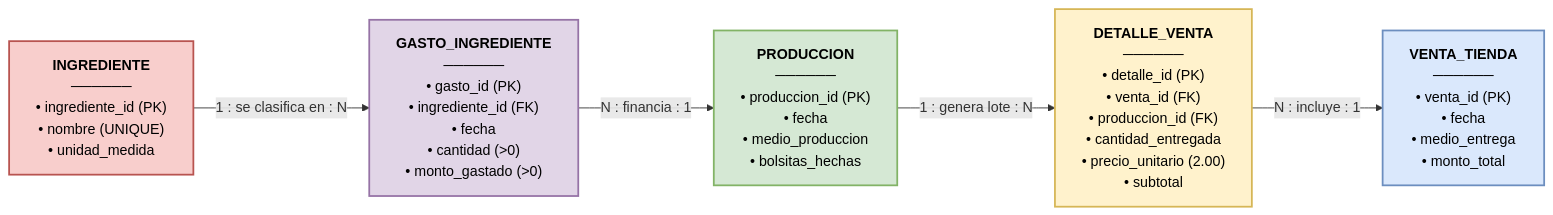
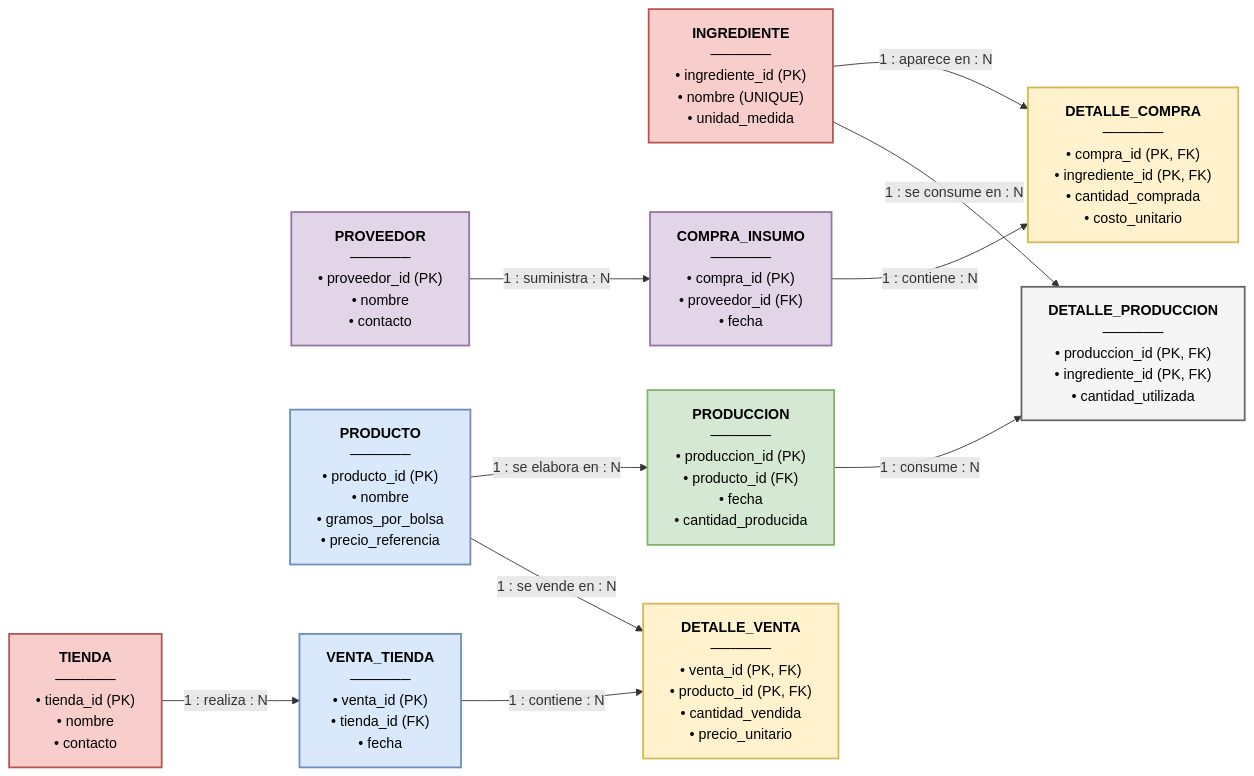
The diagram in unit_1/README.md (naotenz/BD1), drawn with Mermaid before and after one commit. The commit also changed other lines of this file and 1 other file, not shown here.

````diff
--- a/unit_1/README.md
+++ b/unit_1/README.md
@@ -70,22 +60,37 @@
 ```mermaid
 graph LR
     %% Entidades principales
     I["<b>INGREDIENTE</b><br/>──────<br/>• ingrediente_id (PK)<br/>• nombre (UNIQUE)<br/>• unidad_medida"]
-    G["<b>GASTO_INGREDIENTE</b><br/>──────<br/>• gasto_id (PK)<br/>• ingrediente_id (FK)<br/>• fecha<br/>• cantidad (>0)<br/>• monto_gastado (>0)"] 
-    P["<b>PRODUCCION</b><br/>──────<br/>• produccion_id (PK)<br/>• fecha<br/>• medio_produccion<br/>• bolsitas_hechas"]
-    DV["<b>DETALLE_VENTA</b><br/>──────<br/>• detalle_id (PK)<br/>• venta_id (FK)<br/>• produccion_id (FK)<br/>• cantidad_entregada<br/>• precio_unitario (2.00)<br/>• subtotal"]
-    V["<b>VENTA_TIENDA</b><br/>──────<br/>• venta_id (PK)<br/>• fecha<br/>• medio_entrega<br/>• monto_total"]
+    PV["<b>PROVEEDOR</b><br/>──────<br/>• proveedor_id (PK)<br/>• nombre<br/>• contacto"]
+    C["<b>COMPRA_INSUMO</b><br/>──────<br/>• compra_id (PK)<br/>• proveedor_id (FK)<br/>• fecha"]
+    DC["<b>DETALLE_COMPRA</b><br/>──────<br/>• compra_id (PK, FK)<br/>• ingrediente_id (PK, FK)<br/>• cantidad_comprada<br/>• costo_unitario"]
+    PR["<b>PRODUCTO</b><br/>──────<br/>• producto_id (PK)<br/>• nombre<br/>• gramos_por_bolsa<br/>• precio_referencia"]
+    P["<b>PRODUCCION</b><br/>──────<br/>• produccion_id (PK)<br/>• producto_id (FK)<br/>• fecha<br/>• cantidad_producida"]
+    DP["<b>DETALLE_PRODUCCION</b><br/>──────<br/>• produccion_id (PK, FK)<br/>• ingrediente_id (PK, FK)<br/>• cantidad_utilizada"]
+    DV["<b>DETALLE_VENTA</b><br/>──────<br/>• venta_id (PK, FK)<br/>• producto_id (PK, FK)<br/>• cantidad_vendida<br/>• precio_unitario"]
+    T["<b>TIENDA</b><br/>──────<br/>• tienda_id (PK)<br/>• nombre<br/>• contacto"]
+    V["<b>VENTA_TIENDA</b><br/>──────<br/>• venta_id (PK)<br/>• tienda_id (FK)<br/>• fecha"]
 
     %% Relaciones y Cardinalidades
-    I -- "1 : se clasifica en : N" --> G
-    G -- "N : financia : 1" --> P
-    P -- "1 : genera lote : N" --> DV
-    DV -- "N : incluye : 1" --> V
+    C -- "1 : contiene : N" --> DC
+    PV -- "1 : suministra : N" --> C
+    I -- "1 : aparece en : N" --> DC
+    PR -- "1 : se elabora en : N" --> P
+    P -- "1 : consume : N" --> DP
+    I -- "1 : se consume en : N" --> DP
+    V -- "1 : contiene : N" --> DV
+    T -- "1 : realiza : N" --> V
+    PR -- "1 : se vende en : N" --> DV
 
     %% Estilos de color
     style I fill:#f8cecc,stroke:#b85450,stroke-width:2px,color:#000
-    style G fill:#e1d5e7,stroke:#9673a6,stroke-width:2px,color:#000
+    style PV fill:#e1d5e7,stroke:#9673a6,stroke-width:2px,color:#000
+    style C fill:#e1d5e7,stroke:#9673a6,stroke-width:2px,color:#000
+    style DC fill:#fff2cc,stroke:#d6b656,stroke-width:2px,color:#000
+    style PR fill:#dae8fc,stroke:#6c8ebf,stroke-width:2px,color:#000
     style P fill:#d5e8d4,stroke:#82b366,stroke-width:2px,color:#000
+    style DP fill:#f5f5f5,stroke:#666666,stroke-width:2px,color:#000
     style DV fill:#fff2cc,stroke:#d6b656,stroke-width:2px,color:#000
+    style T fill:#f8cecc,stroke:#b85450,stroke-width:2px,color:#000
     style V fill:#dae8fc,stroke:#6c8ebf,stroke-width:2px,color:#000
 ```
````
